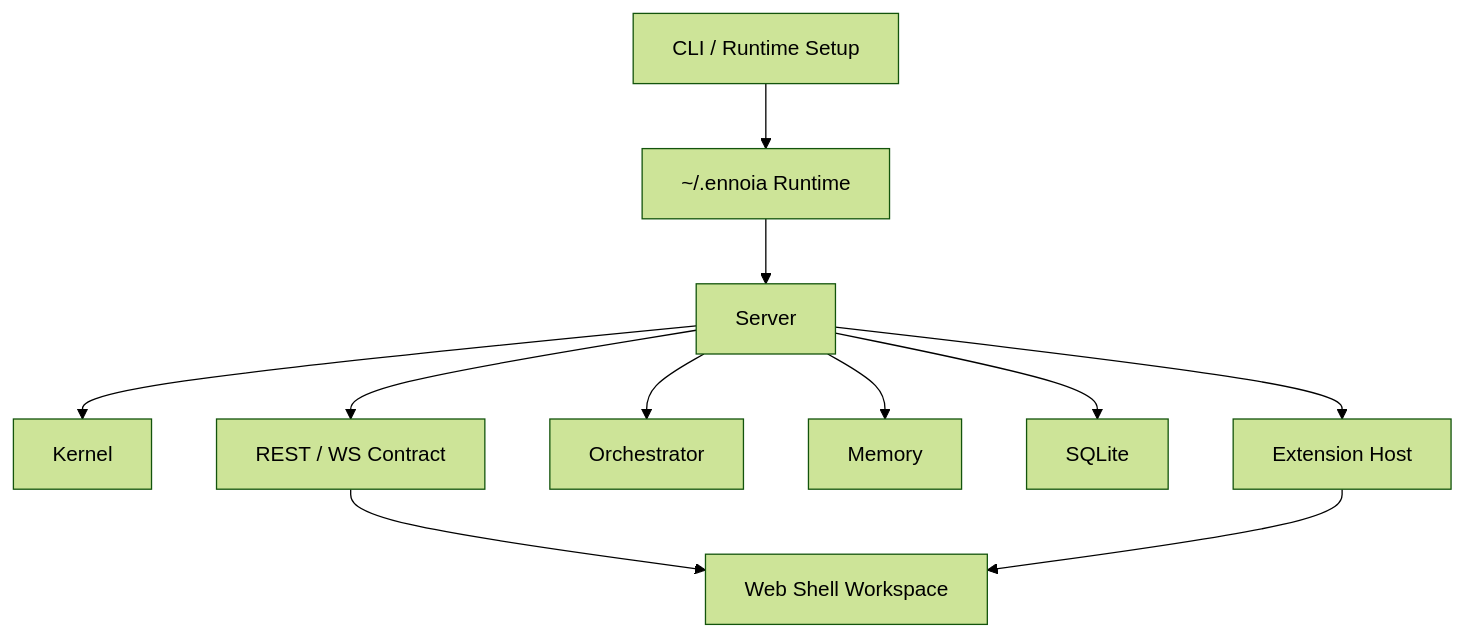
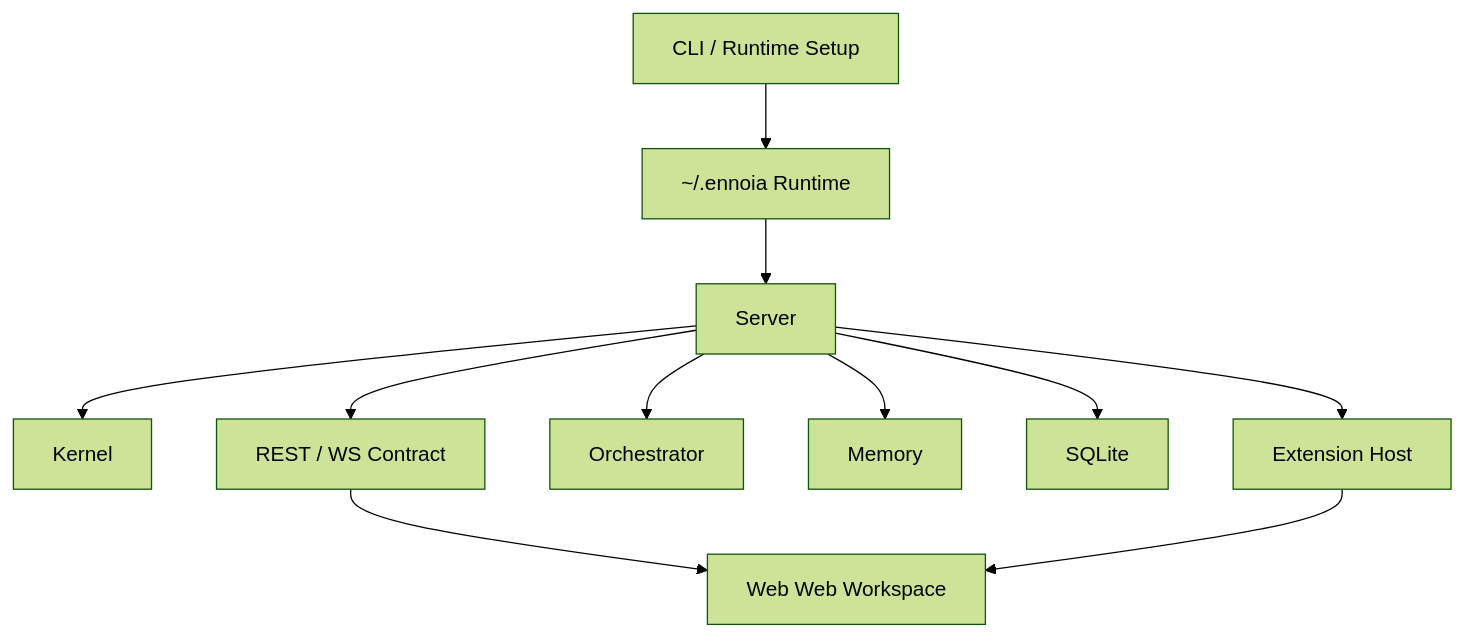
One commit to lsy2246/ennoia changed the diagram in .helloagents/plan/202604151312_platform-first-full-rollout/proposal.md. Above: the diagram before and after it, drawn with Mermaid (forest theme). The commit also changed other lines of this file and 49 other files, not shown here.

````diff
--- a/.helloagents/plan/202604151312_platform-first-full-rollout/proposal.md
+++ b/.helloagents/plan/202604151312_platform-first-full-rollout/proposal.md
@@ -99,13 +99,13 @@
 ```mermaid
 flowchart TD
     CLI[CLI / Runtime Setup] --> Runtime[~/.ennoia Runtime]
     Runtime --> Server[Server]
     Server --> Kernel[Kernel]
     Server --> ExtensionHost[Extension Host]
     Server --> Orchestrator[Orchestrator]
     Server --> Memory[Memory]
     Server --> SQLite[SQLite]
-    Server --> ShellAPI[REST / WS Contract]
-    ShellAPI --> Shell[Web Shell Workspace]
-    ExtensionHost --> Shell
+    Server --> WebAPI[REST / WS Contract]
+    WebAPI --> Web[Web Web Workspace]
+    ExtensionHost --> Web
 ```
````
